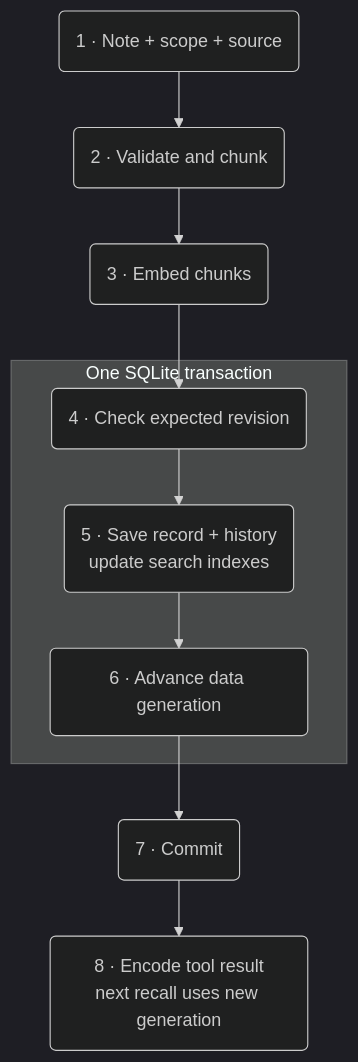
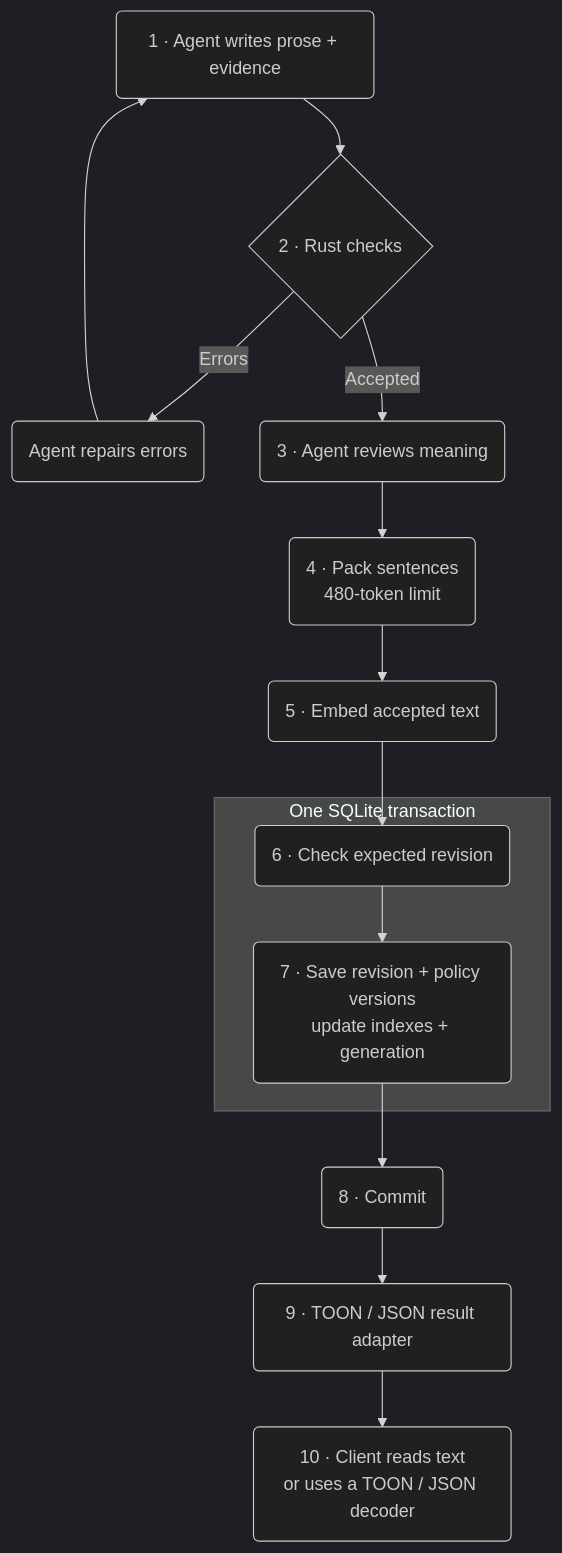
Before and after one commit to enfour-digital/enfour-memory: the third of 3 diagrams in README.md, drawn with Mermaid (dark theme). The commit also changed other lines of this file and 32 other files, not shown here.

````diff
--- a/README.md
+++ b/README.md
@@ -288,12 +295,16 @@
 ```mermaid
 flowchart TB
-    note("1 · Note + scope + source") --> chunk("2 · Validate and chunk")
-    chunk --> embed("3 · Embed chunks")
+    note("1 · Agent writes prose + evidence") --> validate{"2 · Rust checks"}
+    validate -- Errors --> repair("Agent repairs errors")
+    repair --> note
+    validate -- Accepted --> review("3 · Agent reviews meaning")
+    review --> chunk("4 · Pack sentences<br/>480-token limit")
+    chunk --> embed("5 · Embed accepted text")
+    embed --> revision("6 · Check expected revision")
     subgraph transaction["One SQLite transaction"]
-        revision("4 · Check expected revision") --> store("5 · Save record + history<br/>update search indexes")
-        store --> generation("6 · Advance data generation")
+        revision --> store("7 · Save revision + policy versions<br/>update indexes + generation")
     end
-    embed --> revision
-    generation --> commit("7 · Commit")
-    commit --> output("8 · Encode tool result<br/>next recall uses new generation")
+    store --> commit("8 · Commit")
+    commit --> output("9 · TOON / JSON result adapter")
+    output --> decode("10 · Client reads text<br/>or uses a TOON / JSON decoder")
 ```
````
